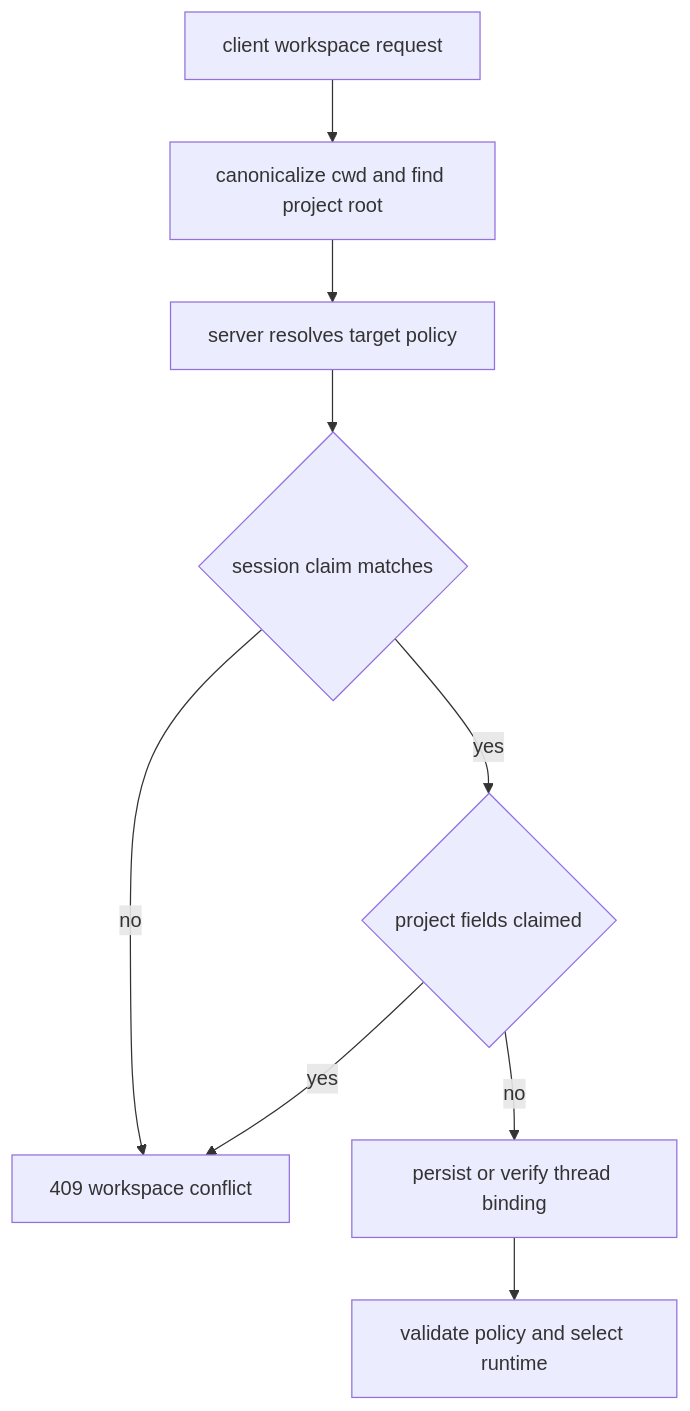
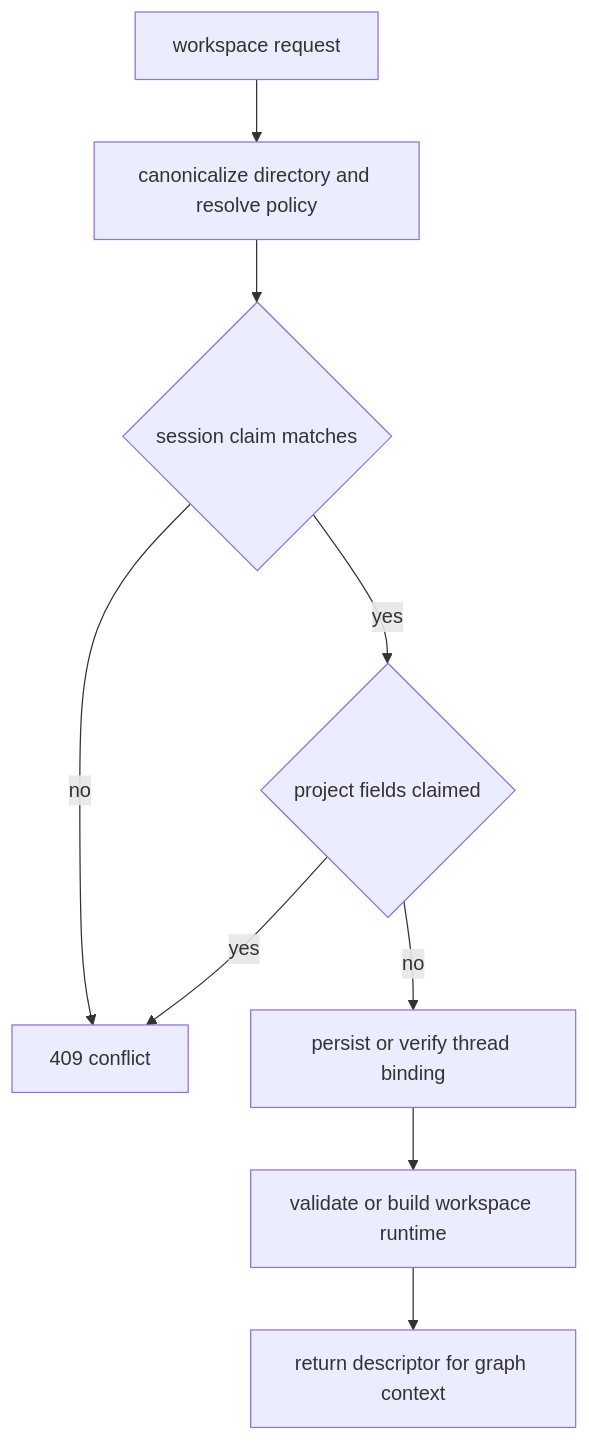
One commit to langchain-ai/deepagents changed the second of 3 diagrams in openwiki/architecture/code-agent.md. Above: the diagram before and after it, drawn with Mermaid. The commit also changed other lines of this file and 53 other files, not shown here.

````diff
--- a/openwiki/architecture/code-agent.md
+++ b/openwiki/architecture/code-agent.md
@@ -98,11 +117,11 @@
 ```mermaid
 flowchart TD
-    Request["client workspace request"] --> Canonical["canonicalize cwd and find project root"]
-    Canonical --> Resolve["server resolves target policy"]
+    Request["workspace request"] --> Resolve["canonicalize directory and resolve policy"]
     Resolve --> Claim{"session claim matches"}
-    Claim -->|no| Deny["409 workspace conflict"]
+    Claim -->|no| Refuse["409 conflict"]
     Claim -->|yes| Project{"project fields claimed"}
-    Project -->|yes| Deny
+    Project -->|yes| Refuse
     Project -->|no| Bind["persist or verify thread binding"]
-    Bind --> Runtime["validate policy and select runtime"]
+    Bind --> Validate["validate or build workspace runtime"]
+    Validate --> Context["return descriptor for graph context"]
 ```
````
